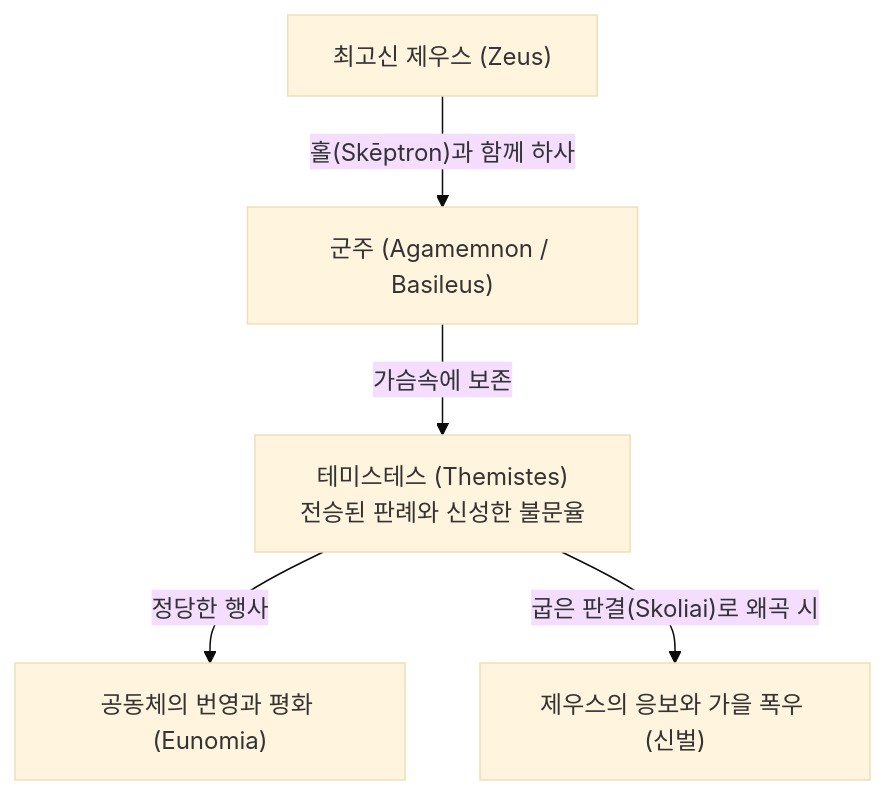
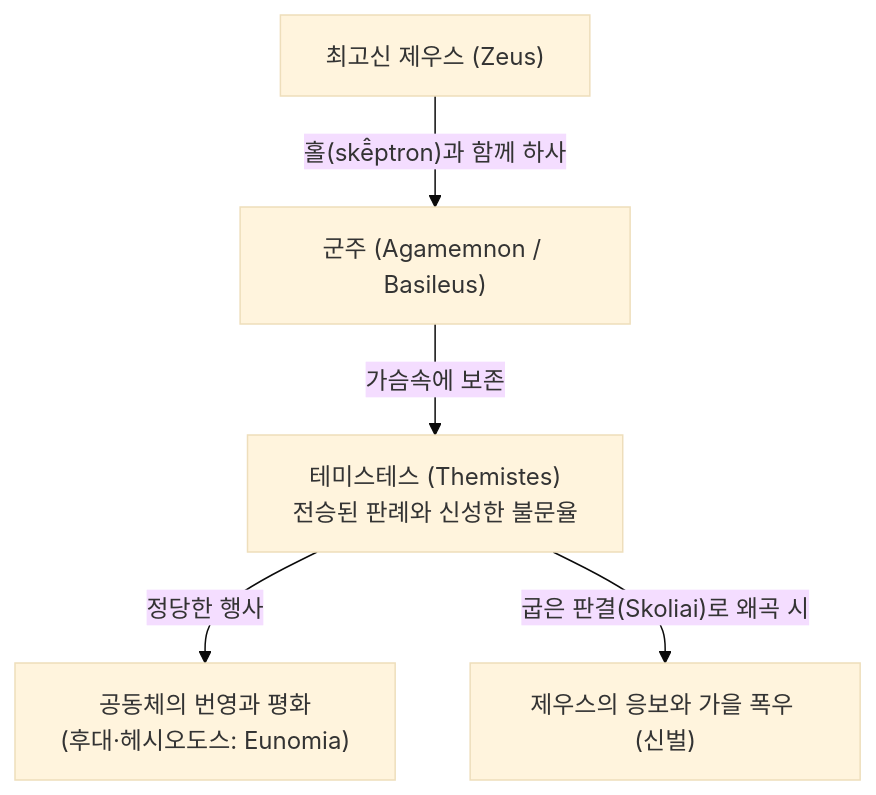
The diagram in wiki/concepts/concept-themis.md (YgHnSIM/Homer_wiki), drawn with Mermaid (base theme) before and after one commit. The commit also changed other lines of this file and 1 other file, not shown here.

````diff
--- a/wiki/concepts/concept-themis.md
+++ b/wiki/concepts/concept-themis.md
@@ -73,8 +83,8 @@
 ```mermaid
 graph TD
-    Zeus["최고신 제우스 (Zeus)"] -->|"홀(Skēptron)과 함께 하사"| King["군주 (Agamemnon / Basileus)"]
+    Zeus["최고신 제우스 (Zeus)"] -->|"홀(skē̂ptron)과 함께 하사"| King["군주 (Agamemnon / Basileus)"]
     King -->|"가슴속에 보존"| Themistes["테미스테스 (Themistes)<br/>전승된 판례와 신성한 불문율"]
     
-    Themistes -->|"정당한 행사"| Order["공동체의 번영과 평화 (Eunomia)"]
+    Themistes -->|"정당한 행사"| Order["공동체의 번영과 평화<br/>(후대·헤시오도스: Eunomia)"]
     Themistes -->|"굽은 판결(Skoliai)로 왜곡 시"| Wrath["제우스의 응보와 가을 폭우 (신벌)"]
 ```
````
